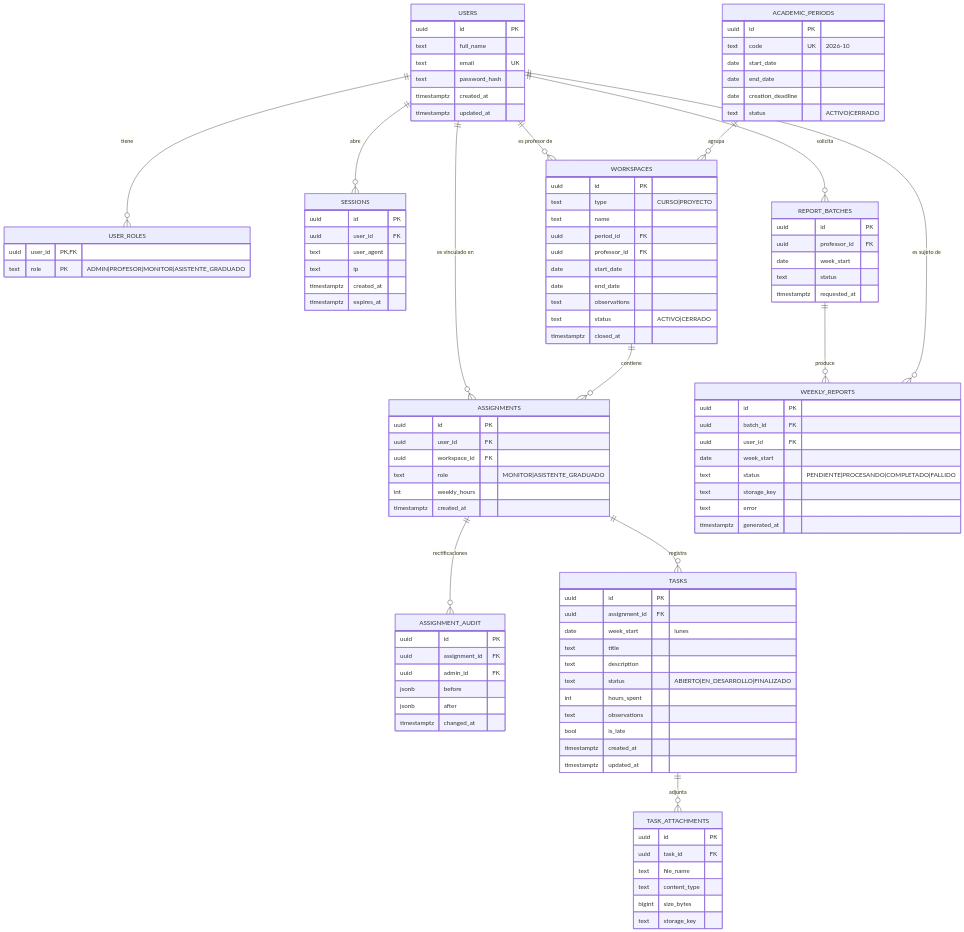
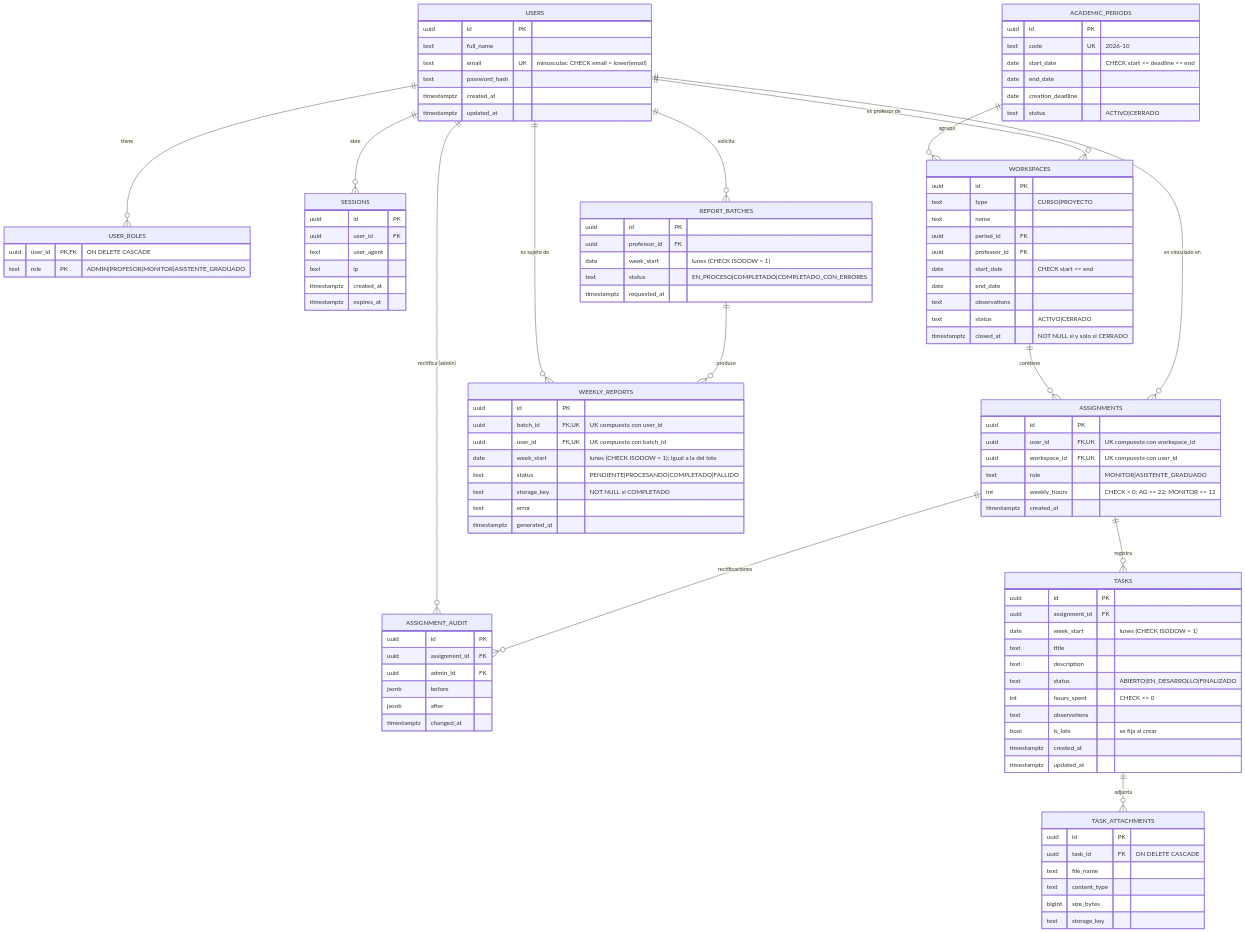
The fifth of 8 diagrams in docs/wiki/Entrega-1-Arquitectura.md (dnunezd/SoftDevCloud), drawn with Mermaid before and after one commit. The commit also changed other lines of this file and 3 other files, not shown here.

```diff
--- a/docs/wiki/Entrega-1-Arquitectura.md
+++ b/docs/wiki/Entrega-1-Arquitectura.md
@@ -331,6 +333,7 @@
     USERS ||--o{ ASSIGNMENTS : "es vinculado en"
     WORKSPACES ||--o{ ASSIGNMENTS : contiene
     ASSIGNMENTS ||--o{ ASSIGNMENT_AUDIT : "rectificaciones"
+    USERS ||--o{ ASSIGNMENT_AUDIT : "rectifica (admin)"
     ASSIGNMENTS ||--o{ TASKS : registra
     TASKS ||--o{ TASK_ATTACHMENTS : adjunta
     USERS ||--o{ REPORT_BATCHES : solicita
@@ -340,13 +343,13 @@
     USERS {
         uuid id PK
         text full_name
-        text email UK
+        text email UK "minusculas: CHECK email = lower(email)"
         text password_hash
         timestamptz created_at
         timestamptz updated_at
     }
     USER_ROLES {
-        uuid user_id PK,FK
+        uuid user_id PK,FK "ON DELETE CASCADE"
         text role PK "ADMIN|PROFESOR|MONITOR|ASISTENTE_GRADUADO"
     }
     SESSIONS {
@@ -360,7 +363,7 @@
     ACADEMIC_PERIODS {
         uuid id PK
         text code UK "2026-10"
-        date start_date
+        date start_date "CHECK start <= deadline <= end"
         date end_date
         date creation_deadline
         text status "ACTIVO|CERRADO"
@@ -371,18 +374,18 @@
         text name
         uuid period_id FK
         uuid professor_id FK
-        date start_date
+        date start_date "CHECK start <= end"
         date end_date
         text observations
         text status "ACTIVO|CERRADO"
-        timestamptz closed_at
+        timestamptz closed_at "NOT NULL si y solo si CERRADO"
     }
     ASSIGNMENTS {
         uuid id PK
-        uuid user_id FK
-        uuid workspace_id FK
+        uuid user_id FK,UK "UK compuesta con workspace_id"
+        uuid workspace_id FK,UK "UK compuesta con user_id"
         text role "MONITOR|ASISTENTE_GRADUADO"
-        int weekly_hours
+        int weekly_hours "CHECK > 0; AG <= 22; MONITOR <= 12"
         timestamptz created_at
     }
     ASSIGNMENT_AUDIT {
@@ -396,19 +399,19 @@
     TASKS {
         uuid id PK
         uuid assignment_id FK
-        date week_start "lunes"
+        date week_start "lunes (CHECK ISODOW = 1)"
         text title
         text description
         text status "ABIERTO|EN_DESARROLLO|FINALIZADO"
-        int hours_spent
+        int hours_spent "CHECK >= 0"
         text observations
-        bool is_late
+        bool is_late "se fija al crear"
         timestamptz created_at
         timestamptz updated_at
     }
     TASK_ATTACHMENTS {
         uuid id PK
-        uuid task_id FK
+        uuid task_id FK "ON DELETE CASCADE"
         text file_name
         text content_type
         bigint size_bytes
@@ -417,17 +420,17 @@
     REPORT_BATCHES {
         uuid id PK
         uuid professor_id FK
-        date week_start
-        text status
+        date week_start "lunes (CHECK ISODOW = 1)"
+        text status "EN_PROCESO|COMPLETADO|COMPLETADO_CON_ERRORES"
         timestamptz requested_at
     }
     WEEKLY_REPORTS {
         uuid id PK
-        uuid batch_id FK
-        uuid user_id FK
-        date week_start
+        uuid batch_id FK,UK "UK compuesta con user_id"
+        uuid user_id FK,UK "UK compuesta con batch_id"
+        date week_start "lunes (CHECK ISODOW = 1); igual a la del lote"
         text status "PENDIENTE|PROCESANDO|COMPLETADO|FALLIDO"
-        text storage_key
+        text storage_key "NOT NULL si COMPLETADO"
         text error
         timestamptz generated_at
     }
```
